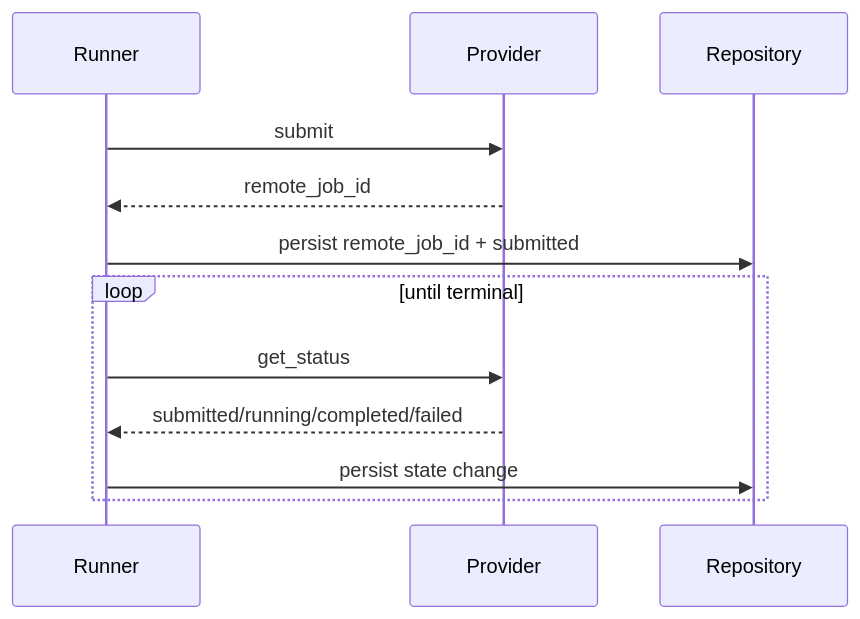
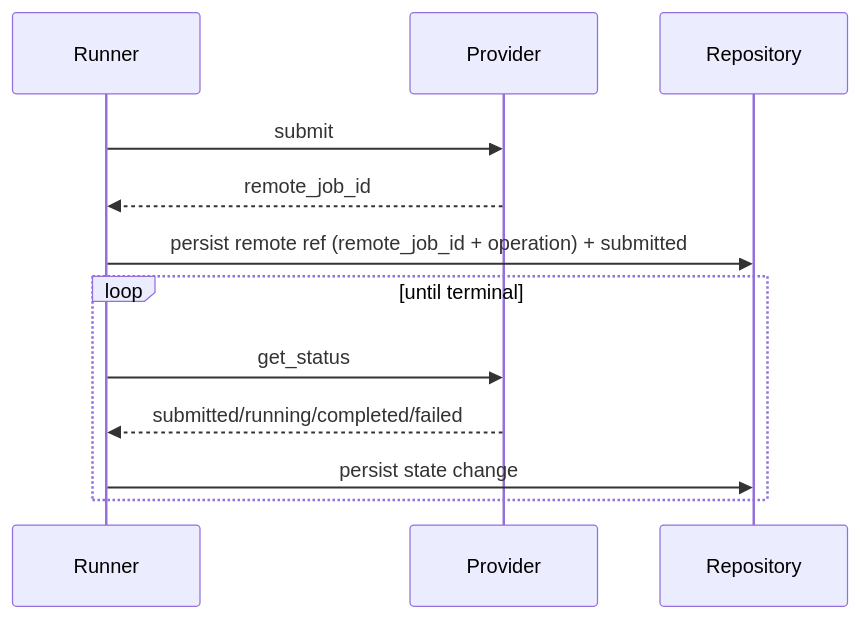
One commit to VladimirMonin/aimedia changed the sixth of 11 diagrams in docs/plans/08-job-execution.md. Above: the diagram before and after it, drawn with Mermaid. The commit also changed other lines of this file and 7 other files, not shown here.

````diff
--- a/docs/plans/08-job-execution.md
+++ b/docs/plans/08-job-execution.md
@@ -499,16 +499,16 @@
 ```mermaid
 sequenceDiagram
     participant R as Runner
     participant P as Provider
     participant DB as Repository
 
     R->>P: submit
     P-->>R: remote_job_id
-    R->>DB: persist remote_job_id + submitted
+    R->>DB: persist remote ref (remote_job_id + operation) + submitted
 
     loop until terminal
         R->>P: get_status
         P-->>R: submitted/running/completed/failed
         R->>DB: persist state change
     end
 ```
````
